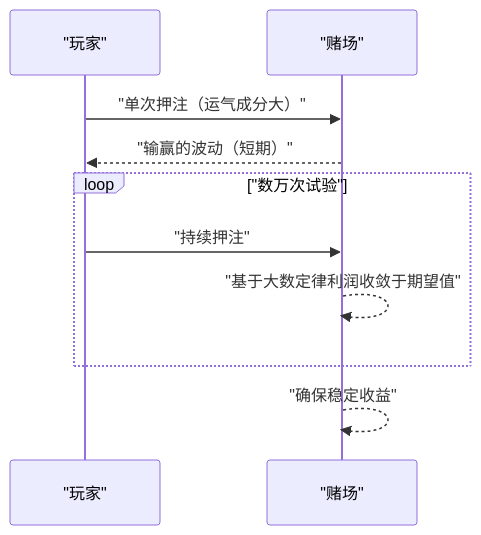
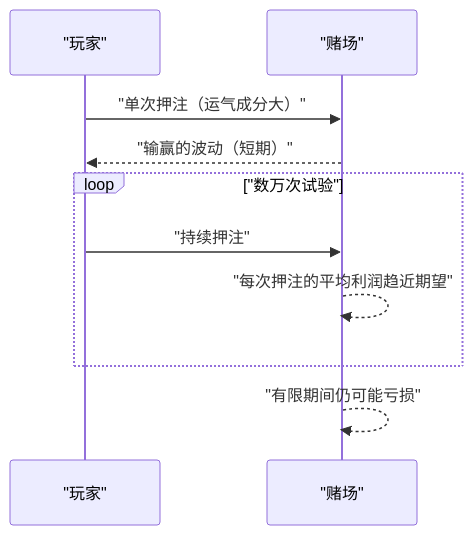
Before and after one commit to kenjinote/blog: the second of 2 diagrams in content/post/law-of-large-numbers/index.zh-cn.md, drawn with Mermaid. The commit also changed other lines of this file and 12 other files, not shown here.

````diff
--- a/content/post/law-of-large-numbers/index.zh-cn.md
+++ b/content/post/law-of-large-numbers/index.zh-cn.md
@@ -53,12 +53,12 @@
 ```mermaid
 sequenceDiagram
     participant P as "玩家"
     participant C as "赌场"
     P->>C: "单次押注（运气成分大）"
     C-->>P: "输赢的波动（短期）"
     loop "数万次试验"
         P->>C: "持续押注"
-        C-->>C: "基于大数定律利润收敛于期望值"
+        C-->>C: "每次押注的平均利润趋近期望"
     end
-    C-->>C: "确保稳定收益"
+    C-->>C: "有限期间仍可能亏损"
 ```
````
